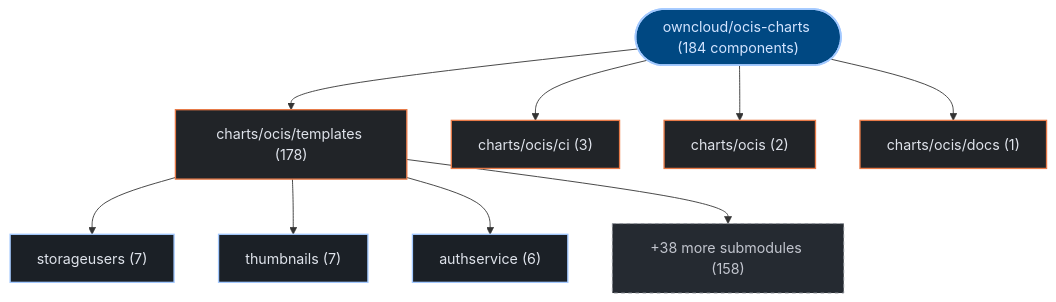
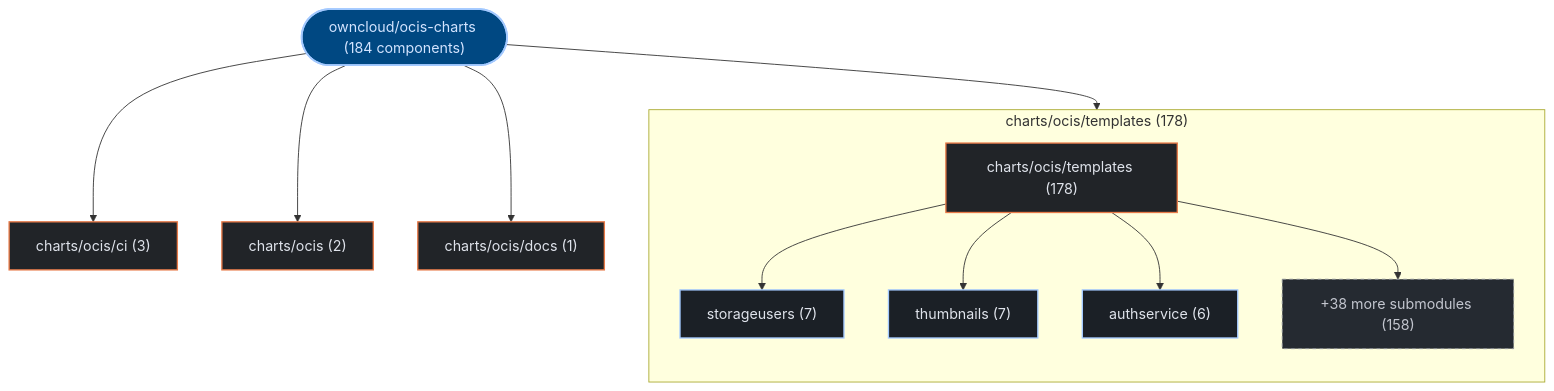
Before and after one commit to kumarshaz/atruss-code-atlas: the first of 2 diagrams in exports/latest/reports/owncloud-ocis-charts-report.md, drawn with Mermaid. The commit also changed 178 other files, not shown here.

Commit message:
feat(ui,mermaid): upgrade to mermaid v12 + ELK layout, add orgs-summary + pagination, subgraph building blocks, fix tab alignment

````diff
--- a/exports/latest/reports/owncloud-ocis-charts-report.md
+++ b/exports/latest/reports/owncloud-ocis-charts-report.md
@@ -41,27 +41,30 @@
 ```mermaid
 graph TD;
   classDef atlasRoot fill:#004882,stroke:#a3c9ff,stroke-width:2px,color:#d3e4ff
   classDef atlasCategory fill:#212428,stroke:#E87A48,stroke-width:1.5px,color:#dfe3eb
   classDef atlasWorkflow fill:#1b2026,stroke:#a3c9ff,stroke-width:1.5px,color:#dfe3eb
   classDef atlasJob fill:#171c22,stroke:#8d9199,stroke-width:1px,color:#dfe3eb
   classDef atlasTarget fill:#005227,stroke:#8bd99b,stroke-width:1.5px,color:#a7f6b6
   classDef atlasAlert fill:#93000a,stroke:#ffb4ab,stroke-width:1.5px,color:#ffdad6
   classDef atlasMore fill:#252a31,stroke:#8d9199,stroke-dasharray:4 4,color:#c3c6cf
     repo_root(["owncloud/ocis-charts (184 components)"]):::atlasRoot
-    dir_0_charts_ocis_templates["charts/ocis/templates (178)"]:::atlasCategory
+    subgraph sg_dir_0_charts_ocis_templates["charts/ocis/templates (178)"]
+      direction TB
+      dir_0_charts_ocis_templates["charts/ocis/templates (178)"]:::atlasCategory
+      sub_0_0_storageusers["storageusers (7)"]:::atlasWorkflow
+      dir_0_charts_ocis_templates --> sub_0_0_storageusers
+      sub_0_1_thumbnails["thumbnails (7)"]:::atlasWorkflow
+      dir_0_charts_ocis_templates --> sub_0_1_thumbnails
+      sub_0_2_authservice["authservice (6)"]:::atlasWorkflow
+      dir_0_charts_ocis_templates --> sub_0_2_authservice
+      sub_0_more["+38 more submodules (158)"]:::atlasMore
+      dir_0_charts_ocis_templates --> sub_0_more
+    end
     repo_root --> dir_0_charts_ocis_templates
-    sub_0_0_storageusers["storageusers (7)"]:::atlasWorkflow
-    dir_0_charts_ocis_templates --> sub_0_0_storageusers
-    sub_0_1_thumbnails["thumbnails (7)"]:::atlasWorkflow
-    dir_0_charts_ocis_templates --> sub_0_1_thumbnails
-    sub_0_2_authservice["authservice (6)"]:::atlasWorkflow
-    dir_0_charts_ocis_templates --> sub_0_2_authservice
-    sub_0_more["+38 more submodules (158)"]:::atlasMore
-    dir_0_charts_ocis_templates --> sub_0_more
     dir_1_charts_ocis_ci["charts/ocis/ci (3)"]:::atlasCategory
     repo_root --> dir_1_charts_ocis_ci
     dir_2_charts_ocis["charts/ocis (2)"]:::atlasCategory
     repo_root --> dir_2_charts_ocis
     dir_3_charts_ocis_docs["charts/ocis/docs (1)"]:::atlasCategory
     repo_root --> dir_3_charts_ocis_docs
 ```
````
